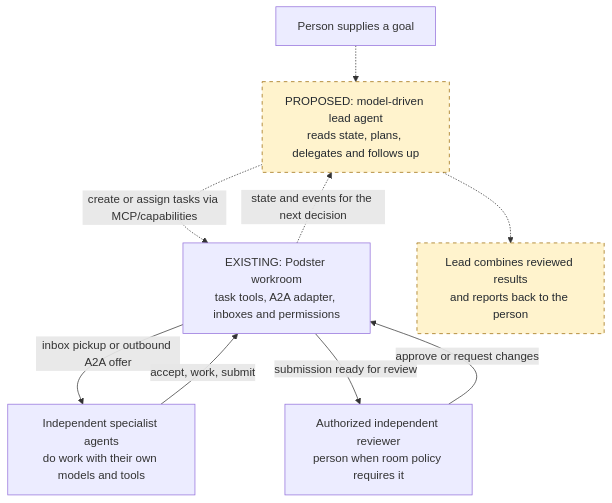
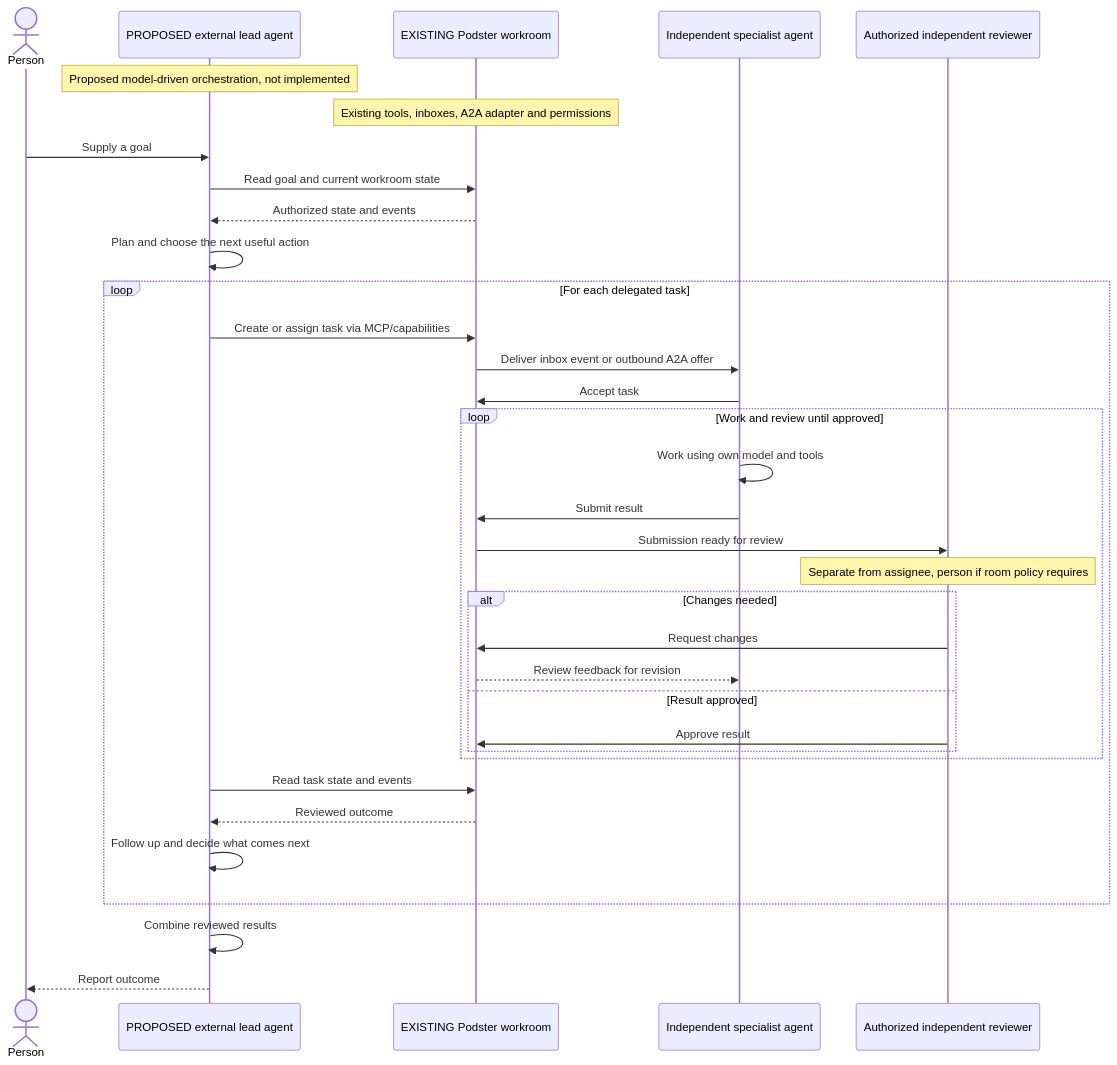
Before and after one commit to thachp/podster: the second of 2 diagrams in README.md, drawn with Mermaid. The commit also changed other lines of this file, not shown here.

Commit message:
docs: show proposed lead agent as a sequence diagram

````diff
--- a/README.md
+++ b/README.md
@@ -87,21 +87,39 @@
 ```mermaid
-flowchart TB
-    Goal["Person supplies a goal"]
-    Lead["PROPOSED: model-driven lead agent<br/>reads state, plans, delegates and follows up"]
-    Room["EXISTING: Podster workroom<br/>task tools, A2A adapter, inboxes and permissions"]
-    Specialists["Independent specialist agents<br/>do work with their own models and tools"]
-    Reviewer["Authorized independent reviewer<br/>person when room policy requires it"]
-    Result["Lead combines reviewed results<br/>and reports back to the person"]
+sequenceDiagram
+    actor Person
+    participant Lead as PROPOSED external lead agent
+    participant Room as EXISTING Podster workroom
+    participant Specialist as Independent specialist agent
+    participant Reviewer as Authorized independent reviewer
 
-    Goal -.-> Lead
-    Lead -.->|"create or assign tasks via MCP/capabilities"| Room
-    Room -->|"inbox pickup or outbound A2A offer"| Specialists
-    Specialists -->|"accept, work, submit"| Room
-    Room -->|"submission ready for review"| Reviewer
-    Reviewer -->|"approve or request changes"| Room
-    Room -.->|"state and events for the next decision"| Lead
-    Lead -.-> Result
+    Note over Lead: Proposed model-driven orchestration, not implemented
+    Note over Room: Existing tools, inboxes, A2A adapter and permissions
+    Person->>Lead: Supply a goal
+    Lead->>Room: Read goal and current workroom state
+    Room-->>Lead: Authorized state and events
+    Lead->>Lead: Plan and choose the next useful action
 
-    style Lead fill:#fff3cd,stroke:#9a6700,stroke-dasharray:5 5,color:#24292f
-    style Result fill:#fff3cd,stroke:#9a6700,stroke-dasharray:5 5,color:#24292f
+    loop For each delegated task
+        Lead->>Room: Create or assign task via MCP/capabilities
+        Room->>Specialist: Deliver inbox event or outbound A2A offer
+        Specialist->>Room: Accept task
+        loop Work and review until approved
+            Specialist->>Specialist: Work using own model and tools
+            Specialist->>Room: Submit result
+            Room->>Reviewer: Submission ready for review
+            Note over Reviewer: Separate from assignee, person if room policy requires
+            alt Changes needed
+                Reviewer->>Room: Request changes
+                Room-->>Specialist: Review feedback for revision
+            else Result approved
+                Reviewer->>Room: Approve result
+            end
+        end
+        Lead->>Room: Read task state and events
+        Room-->>Lead: Reviewed outcome
+        Lead->>Lead: Follow up and decide what comes next
+    end
+
+    Lead->>Lead: Combine reviewed results
+    Lead-->>Person: Report outcome
 ```
````
